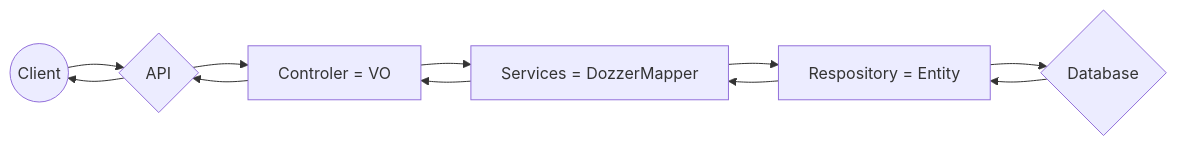
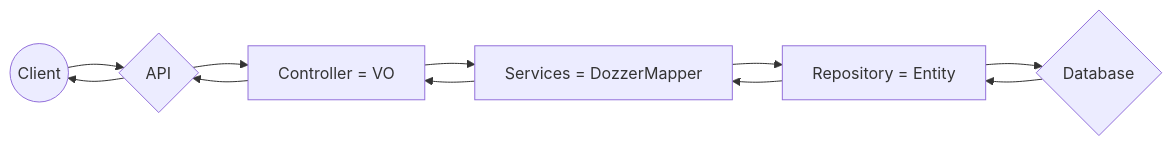
Before and after one commit to iagobrdev/restful-api: the diagram in README.md, drawn with Mermaid.

````diff
--- a/README.md
+++ b/README.md
@@ -48,13 +48,13 @@
 ```mermaid
 graph LR
 A((Client)) --> B{API}
-B --> C[Controler  = VO]
+B --> C[Controller  = VO]
 C --> D[Services = DozzerMapper]
-D --> E[Respository = Entity]
+D --> E[Repository = Entity]
 E --> F{Database}
 F --> E
 E --> D
 D --> C
 C --> B
 B --> A
 ```
````
